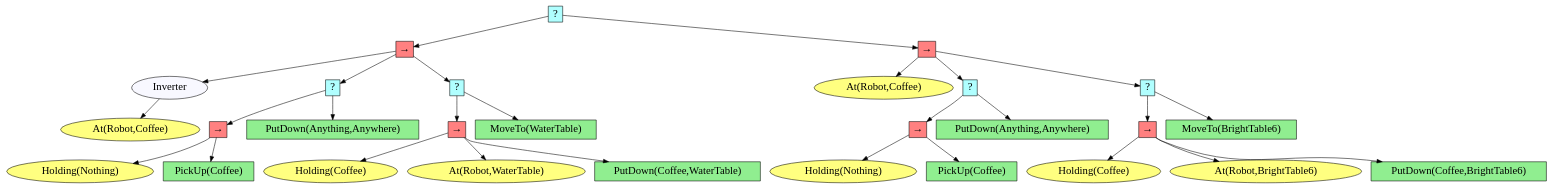
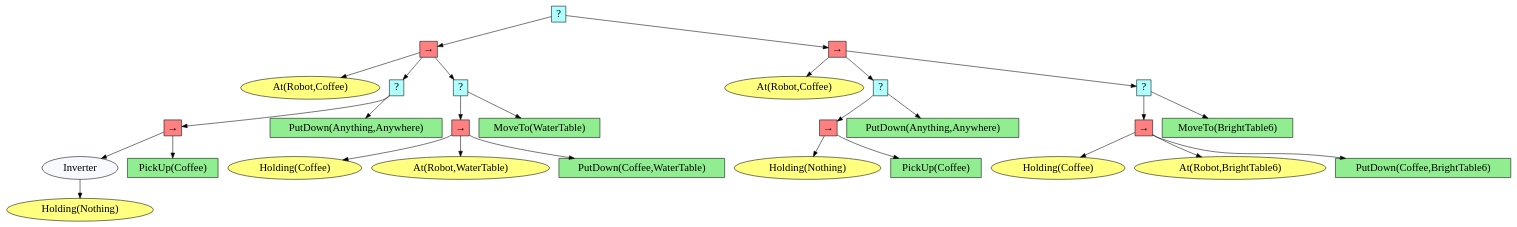
One commit to HPCL-EI/RoboWaiter changed the diagram in robowaiter/utils/draw_bt/test.dot. Above: the diagram before and after it, drawn with Graphviz. The commit also changed 4 other files, not shown here.

```diff
--- a/robowaiter/utils/draw_bt/test.dot
+++ b/robowaiter/utils/draw_bt/test.dot
@@ -1,61 +1,61 @@
 digraph pastafarianism {
 ordering=out;
 graph [fontname="times-roman"];
 node [fontname="times-roman"];
 edge [fontname="times-roman"];
-"3966e37f-61fa-4266-b3a2-b5719d0eaa54" [fillcolor="#B0FFFF", fontcolor=black, fontsize=20, height=0.01, label="?", shape=box, style=filled, width=0.01];
-"2670a901-5db5-4886-a69c-57f55807a77b" [fillcolor="#FF8080", fontcolor=black, fontsize=20, height=0.01, label="&rarr;", shape=box, style=filled, width=0.01];
-"3966e37f-61fa-4266-b3a2-b5719d0eaa54" -> "2670a901-5db5-4886-a69c-57f55807a77b";
-"b8e77d71-eee6-46b1-bf56-ba4bc655b1d3" [fillcolor=ghostwhite, fontcolor=black, fontsize=20, label=Inverter, shape=ellipse, style=filled];
-"2670a901-5db5-4886-a69c-57f55807a77b" -> "b8e77d71-eee6-46b1-bf56-ba4bc655b1d3";
-"c98609a2-cfb4-4456-9563-0153cdaf77f1" [fillcolor="#FFFF80", fontcolor=black, fontsize=20, label="At(Robot,Coffee)", shape=ellipse, style=filled];
-"b8e77d71-eee6-46b1-bf56-ba4bc655b1d3" -> "c98609a2-cfb4-4456-9563-0153cdaf77f1";
-"ecfbef2b-c1e5-4ba4-a734-b1eaecb78128" [fillcolor="#B0FFFF", fontcolor=black, fontsize=20, height=0.01, label="?", shape=box, style=filled, width=0.01];
-"2670a901-5db5-4886-a69c-57f55807a77b" -> "ecfbef2b-c1e5-4ba4-a734-b1eaecb78128";
-"5ea6af3b-4ed9-4c31-9893-6599911c89bc" [fillcolor="#FF8080", fontcolor=black, fontsize=20, height=0.01, label="&rarr;", shape=box, style=filled, width=0.01];
-"ecfbef2b-c1e5-4ba4-a734-b1eaecb78128" -> "5ea6af3b-4ed9-4c31-9893-6599911c89bc";
-"55c2a21d-6684-4273-8231-5fa834dd2c32" [fillcolor="#FFFF80", fontcolor=black, fontsize=20, label="Holding(Nothing)", shape=ellipse, style=filled];
-"5ea6af3b-4ed9-4c31-9893-6599911c89bc" -> "55c2a21d-6684-4273-8231-5fa834dd2c32";
-"f95979e2-7328-44e4-9eaa-a4d7e8351751" [fillcolor=lightgreen, fontcolor=black, fontsize=20, label="PickUp(Coffee)", shape=box, style=filled];
-"5ea6af3b-4ed9-4c31-9893-6599911c89bc" -> "f95979e2-7328-44e4-9eaa-a4d7e8351751";
-"b49cc444-b073-4f14-b709-70be469292d2" [fillcolor=lightgreen, fontcolor=black, fontsize=20, label="PutDown(Anything,Anywhere)", shape=box, style=filled];
-"ecfbef2b-c1e5-4ba4-a734-b1eaecb78128" -> "b49cc444-b073-4f14-b709-70be469292d2";
-"09f2f623-a9ed-4637-9a03-e3eba9e1368d" [fillcolor="#B0FFFF", fontcolor=black, fontsize=20, height=0.01, label="?", shape=box, style=filled, width=0.01];
-"2670a901-5db5-4886-a69c-57f55807a77b" -> "09f2f623-a9ed-4637-9a03-e3eba9e1368d";
-"b9ebf069-8434-403e-a6f7-4641fe9ef0c0" [fillcolor="#FF8080", fontcolor=black, fontsize=20, height=0.01, label="&rarr;", shape=box, style=filled, width=0.01];
-"09f2f623-a9ed-4637-9a03-e3eba9e1368d" -> "b9ebf069-8434-403e-a6f7-4641fe9ef0c0";
-"49275b8a-b220-4222-a76f-20c273db7137" [fillcolor="#FFFF80", fontcolor=black, fontsize=20, label="Holding(Coffee)", shape=ellipse, style=filled];
-"b9ebf069-8434-403e-a6f7-4641fe9ef0c0" -> "49275b8a-b220-4222-a76f-20c273db7137";
-"0672b275-28ef-4275-9a0e-f1d35deb9de8" [fillcolor="#FFFF80", fontcolor=black, fontsize=20, label="At(Robot,WaterTable)", shape=ellipse, style=filled];
-"b9ebf069-8434-403e-a6f7-4641fe9ef0c0" -> "0672b275-28ef-4275-9a0e-f1d35deb9de8";
-"ce0b68ed-9606-4d17-8ef9-0f2f60b778c8" [fillcolor=lightgreen, fontcolor=black, fontsize=20, label="PutDown(Coffee,WaterTable)", shape=box, style=filled];
-"b9ebf069-8434-403e-a6f7-4641fe9ef0c0" -> "ce0b68ed-9606-4d17-8ef9-0f2f60b778c8";
-"05155dc9-7a6a-4129-b869-7ed4254a82e2" [fillcolor=lightgreen, fontcolor=black, fontsize=20, label="MoveTo(WaterTable)", shape=box, style=filled];
-"09f2f623-a9ed-4637-9a03-e3eba9e1368d" -> "05155dc9-7a6a-4129-b869-7ed4254a82e2";
-"ea7271b8-6f06-4b73-a495-bd19b149b6c2" [fillcolor="#FF8080", fontcolor=black, fontsize=20, height=0.01, label="&rarr;", shape=box, style=filled, width=0.01];
-"3966e37f-61fa-4266-b3a2-b5719d0eaa54" -> "ea7271b8-6f06-4b73-a495-bd19b149b6c2";
-"7301fc34-e40d-472c-bc73-7e5c6b7d39c6" [fillcolor="#FFFF80", fontcolor=black, fontsize=20, label="At(Robot,Coffee)", shape=ellipse, style=filled];
-"ea7271b8-6f06-4b73-a495-bd19b149b6c2" -> "7301fc34-e40d-472c-bc73-7e5c6b7d39c6";
-"ad3774e1-4c5c-4120-901b-8208a465a2d4" [fillcolor="#B0FFFF", fontcolor=black, fontsize=20, height=0.01, label="?", shape=box, style=filled, width=0.01];
-"ea7271b8-6f06-4b73-a495-bd19b149b6c2" -> "ad3774e1-4c5c-4120-901b-8208a465a2d4";
-"98f9d98b-1647-4cfc-8715-65f7a6bf37de" [fillcolor="#FF8080", fontcolor=black, fontsize=20, height=0.01, label="&rarr;", shape=box, style=filled, width=0.01];
-"ad3774e1-4c5c-4120-901b-8208a465a2d4" -> "98f9d98b-1647-4cfc-8715-65f7a6bf37de";
-"07528c29-c1a1-4e7e-97b4-beebafe55e6f" [fillcolor="#FFFF80", fontcolor=black, fontsize=20, label="Holding(Nothing)", shape=ellipse, style=filled];
-"98f9d98b-1647-4cfc-8715-65f7a6bf37de" -> "07528c29-c1a1-4e7e-97b4-beebafe55e6f";
-"af81f991-d3c8-4560-bf5b-ea7d0755c0d2" [fillcolor=lightgreen, fontcolor=black, fontsize=20, label="PickUp(Coffee)", shape=box, style=filled];
-"98f9d98b-1647-4cfc-8715-65f7a6bf37de" -> "af81f991-d3c8-4560-bf5b-ea7d0755c0d2";
-"97577672-eeb2-4921-bb7b-e232a3dcd886" [fillcolor=lightgreen, fontcolor=black, fontsize=20, label="PutDown(Anything,Anywhere)", shape=box, style=filled];
-"ad3774e1-4c5c-4120-901b-8208a465a2d4" -> "97577672-eeb2-4921-bb7b-e232a3dcd886";
-"6382c654-de14-45ca-a1b4-a5767d0120c3" [fillcolor="#B0FFFF", fontcolor=black, fontsize=20, height=0.01, label="?", shape=box, style=filled, width=0.01];
-"ea7271b8-6f06-4b73-a495-bd19b149b6c2" -> "6382c654-de14-45ca-a1b4-a5767d0120c3";
-"7870a21a-2410-414c-b408-bc3b39c28f1e" [fillcolor="#FF8080", fontcolor=black, fontsize=20, height=0.01, label="&rarr;", shape=box, style=filled, width=0.01];
-"6382c654-de14-45ca-a1b4-a5767d0120c3" -> "7870a21a-2410-414c-b408-bc3b39c28f1e";
-"05e4706c-93e8-4361-8acb-87af236afeeb" [fillcolor="#FFFF80", fontcolor=black, fontsize=20, label="Holding(Coffee)", shape=ellipse, style=filled];
-"7870a21a-2410-414c-b408-bc3b39c28f1e" -> "05e4706c-93e8-4361-8acb-87af236afeeb";
-"938a274e-cf4d-45ed-a821-2497c3f72a64" [fillcolor="#FFFF80", fontcolor=black, fontsize=20, label="At(Robot,BrightTable6)", shape=ellipse, style=filled];
-"7870a21a-2410-414c-b408-bc3b39c28f1e" -> "938a274e-cf4d-45ed-a821-2497c3f72a64";
-"c0c19eae-dc22-4038-83d7-45304bba30ee" [fillcolor=lightgreen, fontcolor=black, fontsize=20, label="PutDown(Coffee,BrightTable6)", shape=box, style=filled];
-"7870a21a-2410-414c-b408-bc3b39c28f1e" -> "c0c19eae-dc22-4038-83d7-45304bba30ee";
-"594058dd-ed6d-468e-b493-f1076d6f811e" [fillcolor=lightgreen, fontcolor=black, fontsize=20, label="MoveTo(BrightTable6)", shape=box, style=filled];
-"6382c654-de14-45ca-a1b4-a5767d0120c3" -> "594058dd-ed6d-468e-b493-f1076d6f811e";
+"abdeedb3-6a60-45a3-bf5c-4217e223451b" [fillcolor="#B0FFFF", fontcolor=black, fontsize=20, height=0.01, label="?", shape=box, style=filled, width=0.01];
+"c9ce156f-5d47-4da9-8596-9e8067de52bc" [fillcolor="#FF8080", fontcolor=black, fontsize=20, height=0.01, label="&rarr;", shape=box, style=filled, width=0.01];
+"abdeedb3-6a60-45a3-bf5c-4217e223451b" -> "c9ce156f-5d47-4da9-8596-9e8067de52bc";
+"c6db8fa2-bd8d-4dd7-b0f4-7e8729613a4b" [fillcolor="#FFFF80", fontcolor=black, fontsize=20, label="At(Robot,Coffee)", shape=ellipse, style=filled];
+"c9ce156f-5d47-4da9-8596-9e8067de52bc" -> "c6db8fa2-bd8d-4dd7-b0f4-7e8729613a4b";
+"fca0766e-ad16-465f-9b5a-1bddb0c8a0f0" [fillcolor="#B0FFFF", fontcolor=black, fontsize=20, height=0.01, label="?", shape=box, style=filled, width=0.01];
+"c9ce156f-5d47-4da9-8596-9e8067de52bc" -> "fca0766e-ad16-465f-9b5a-1bddb0c8a0f0";
+"7a297880-5745-4051-8ac5-253822cca740" [fillcolor="#FF8080", fontcolor=black, fontsize=20, height=0.01, label="&rarr;", shape=box, style=filled, width=0.01];
+"fca0766e-ad16-465f-9b5a-1bddb0c8a0f0" -> "7a297880-5745-4051-8ac5-253822cca740";
+"45480b6d-a2a3-466a-98d6-c6205f235d44" [fillcolor=ghostwhite, fontcolor=black, fontsize=20, label=Inverter, shape=ellipse, style=filled];
+"7a297880-5745-4051-8ac5-253822cca740" -> "45480b6d-a2a3-466a-98d6-c6205f235d44";
+"25a03ca7-e5cc-4ce1-ba90-e6fa5188d3d5" [fillcolor="#FFFF80", fontcolor=black, fontsize=20, label="Holding(Nothing)", shape=ellipse, style=filled];
+"45480b6d-a2a3-466a-98d6-c6205f235d44" -> "25a03ca7-e5cc-4ce1-ba90-e6fa5188d3d5";
+"b9881fe7-d88e-4b34-b325-af0b72cf0ced" [fillcolor=lightgreen, fontcolor=black, fontsize=20, label="PickUp(Coffee)", shape=box, style=filled];
+"7a297880-5745-4051-8ac5-253822cca740" -> "b9881fe7-d88e-4b34-b325-af0b72cf0ced";
+"a1ab1c7c-8afe-49a3-be68-fcd64882f6d9" [fillcolor=lightgreen, fontcolor=black, fontsize=20, label="PutDown(Anything,Anywhere)", shape=box, style=filled];
+"fca0766e-ad16-465f-9b5a-1bddb0c8a0f0" -> "a1ab1c7c-8afe-49a3-be68-fcd64882f6d9";
+"eb74d1b0-3325-42a1-84f7-625a38a5eba3" [fillcolor="#B0FFFF", fontcolor=black, fontsize=20, height=0.01, label="?", shape=box, style=filled, width=0.01];
+"c9ce156f-5d47-4da9-8596-9e8067de52bc" -> "eb74d1b0-3325-42a1-84f7-625a38a5eba3";
+"e135a667-429c-471b-91d2-070b2234a38b" [fillcolor="#FF8080", fontcolor=black, fontsize=20, height=0.01, label="&rarr;", shape=box, style=filled, width=0.01];
+"eb74d1b0-3325-42a1-84f7-625a38a5eba3" -> "e135a667-429c-471b-91d2-070b2234a38b";
+"b7885ccf-1dc9-4b95-8d1f-7cc5ce59a298" [fillcolor="#FFFF80", fontcolor=black, fontsize=20, label="Holding(Coffee)", shape=ellipse, style=filled];
+"e135a667-429c-471b-91d2-070b2234a38b" -> "b7885ccf-1dc9-4b95-8d1f-7cc5ce59a298";
+"05b82aae-73dd-48a5-ad3d-0ebaa2152087" [fillcolor="#FFFF80", fontcolor=black, fontsize=20, label="At(Robot,WaterTable)", shape=ellipse, style=filled];
+"e135a667-429c-471b-91d2-070b2234a38b" -> "05b82aae-73dd-48a5-ad3d-0ebaa2152087";
+"2bebdc8c-8f6e-4515-bf9e-fe1f4046233d" [fillcolor=lightgreen, fontcolor=black, fontsize=20, label="PutDown(Coffee,WaterTable)", shape=box, style=filled];
+"e135a667-429c-471b-91d2-070b2234a38b" -> "2bebdc8c-8f6e-4515-bf9e-fe1f4046233d";
+"d5fa89b7-bf10-4b6c-9cfd-37a8b657104f" [fillcolor=lightgreen, fontcolor=black, fontsize=20, label="MoveTo(WaterTable)", shape=box, style=filled];
+"eb74d1b0-3325-42a1-84f7-625a38a5eba3" -> "d5fa89b7-bf10-4b6c-9cfd-37a8b657104f";
+"6e3a9acb-4e15-4563-a955-fc4bb1e7f050" [fillcolor="#FF8080", fontcolor=black, fontsize=20, height=0.01, label="&rarr;", shape=box, style=filled, width=0.01];
+"abdeedb3-6a60-45a3-bf5c-4217e223451b" -> "6e3a9acb-4e15-4563-a955-fc4bb1e7f050";
+"30c67d65-5101-4ead-9035-9ca926b3da02" [fillcolor="#FFFF80", fontcolor=black, fontsize=20, label="At(Robot,Coffee)", shape=ellipse, style=filled];
+"6e3a9acb-4e15-4563-a955-fc4bb1e7f050" -> "30c67d65-5101-4ead-9035-9ca926b3da02";
+"318fa99d-666a-4551-9977-05b1305a6705" [fillcolor="#B0FFFF", fontcolor=black, fontsize=20, height=0.01, label="?", shape=box, style=filled, width=0.01];
+"6e3a9acb-4e15-4563-a955-fc4bb1e7f050" -> "318fa99d-666a-4551-9977-05b1305a6705";
+"d059767f-ed5c-46dc-bb1c-0e4773a448ef" [fillcolor="#FF8080", fontcolor=black, fontsize=20, height=0.01, label="&rarr;", shape=box, style=filled, width=0.01];
+"318fa99d-666a-4551-9977-05b1305a6705" -> "d059767f-ed5c-46dc-bb1c-0e4773a448ef";
+"7d718ac1-d947-461e-ba4f-350ae37ee6c1" [fillcolor="#FFFF80", fontcolor=black, fontsize=20, label="Holding(Nothing)", shape=ellipse, style=filled];
+"d059767f-ed5c-46dc-bb1c-0e4773a448ef" -> "7d718ac1-d947-461e-ba4f-350ae37ee6c1";
+"0b34eaf0-1a37-48c6-b689-73e62d71257c" [fillcolor=lightgreen, fontcolor=black, fontsize=20, label="PickUp(Coffee)", shape=box, style=filled];
+"d059767f-ed5c-46dc-bb1c-0e4773a448ef" -> "0b34eaf0-1a37-48c6-b689-73e62d71257c";
+"e1d00e96-c30c-4879-82bd-2237a652bea2" [fillcolor=lightgreen, fontcolor=black, fontsize=20, label="PutDown(Anything,Anywhere)", shape=box, style=filled];
+"318fa99d-666a-4551-9977-05b1305a6705" -> "e1d00e96-c30c-4879-82bd-2237a652bea2";
+"3c11d76d-6940-47f2-968f-e01158dc89c1" [fillcolor="#B0FFFF", fontcolor=black, fontsize=20, height=0.01, label="?", shape=box, style=filled, width=0.01];
+"6e3a9acb-4e15-4563-a955-fc4bb1e7f050" -> "3c11d76d-6940-47f2-968f-e01158dc89c1";
+"37fa5b66-dc77-4df2-a9bf-b62297dc7060" [fillcolor="#FF8080", fontcolor=black, fontsize=20, height=0.01, label="&rarr;", shape=box, style=filled, width=0.01];
+"3c11d76d-6940-47f2-968f-e01158dc89c1" -> "37fa5b66-dc77-4df2-a9bf-b62297dc7060";
+"3797bd82-c99b-4e50-bf59-1550e34a4efa" [fillcolor="#FFFF80", fontcolor=black, fontsize=20, label="Holding(Coffee)", shape=ellipse, style=filled];
+"37fa5b66-dc77-4df2-a9bf-b62297dc7060" -> "3797bd82-c99b-4e50-bf59-1550e34a4efa";
+"5a7ff51a-ccf2-48a8-84e2-6e1b5ccec0dc" [fillcolor="#FFFF80", fontcolor=black, fontsize=20, label="At(Robot,BrightTable6)", shape=ellipse, style=filled];
+"37fa5b66-dc77-4df2-a9bf-b62297dc7060" -> "5a7ff51a-ccf2-48a8-84e2-6e1b5ccec0dc";
+"81bcce3c-6965-44e7-bbc2-eef5e0e1eafe" [fillcolor=lightgreen, fontcolor=black, fontsize=20, label="PutDown(Coffee,BrightTable6)", shape=box, style=filled];
+"37fa5b66-dc77-4df2-a9bf-b62297dc7060" -> "81bcce3c-6965-44e7-bbc2-eef5e0e1eafe";
+"9541bac2-ac45-47ab-afc1-71e541b7811d" [fillcolor=lightgreen, fontcolor=black, fontsize=20, label="MoveTo(BrightTable6)", shape=box, style=filled];
+"3c11d76d-6940-47f2-968f-e01158dc89c1" -> "9541bac2-ac45-47ab-afc1-71e541b7811d";
 }
```
